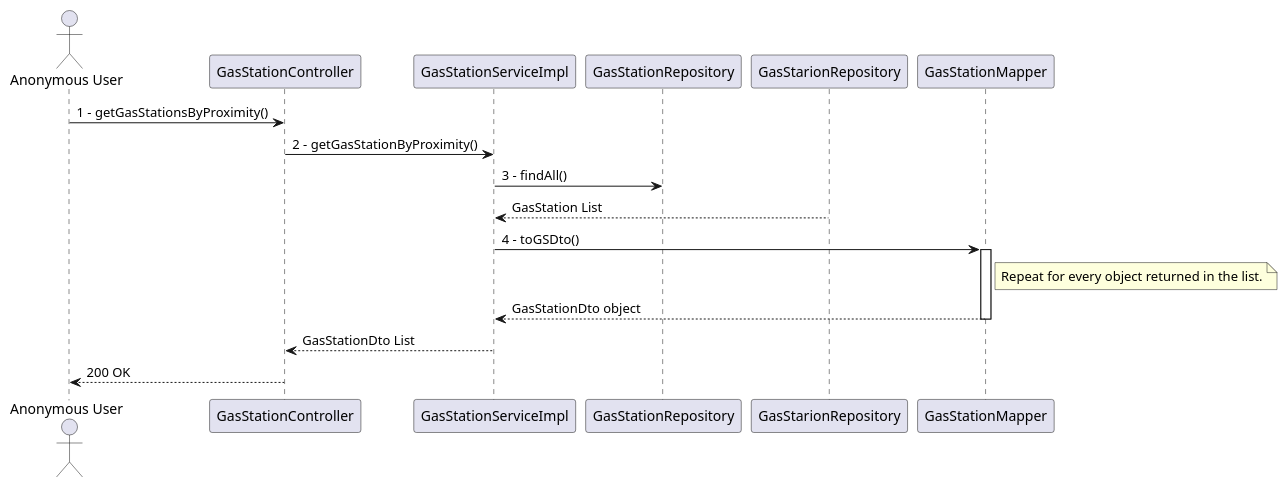
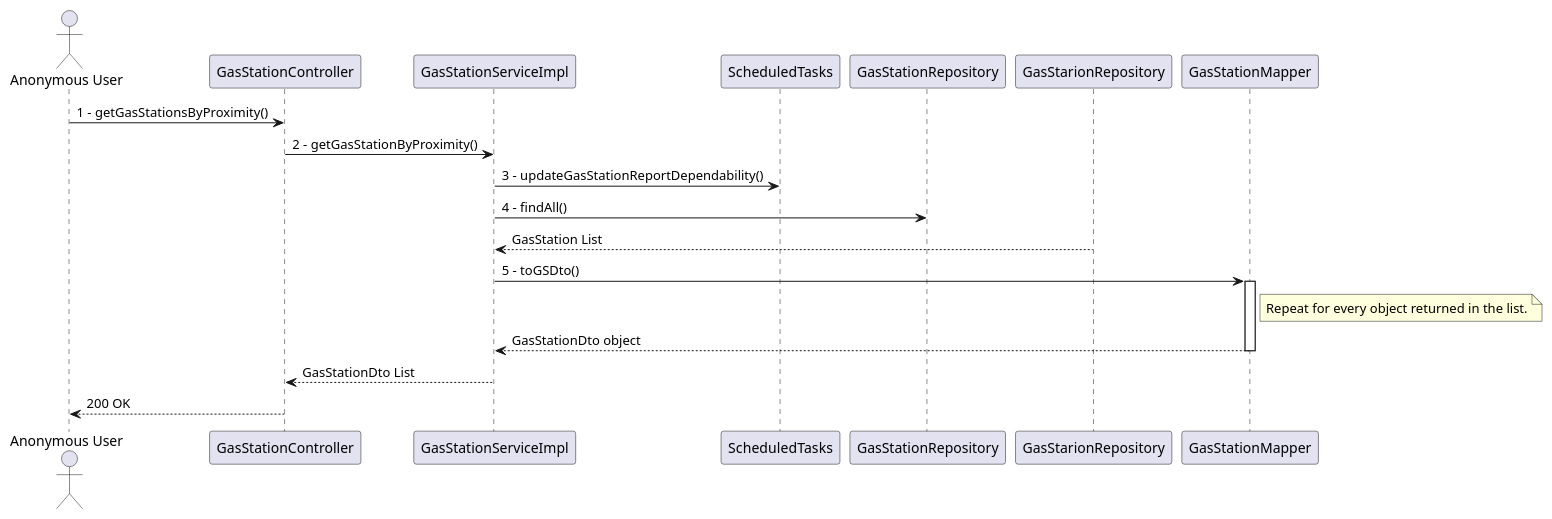
One commit to polito-se2-2020-team6/ezgas changed diagram 12 of 15 in docs/DesignDocument.md. Above: the diagram before and after it, drawn with PlantUML. The commit also changed other lines of this file and 2 other files, not shown here.

Commit message:
docs: update timesheet and fix design inconsistencies

````diff
--- a/docs/DesignDocument.md
+++ b/docs/DesignDocument.md
@@ -536,16 +537,17 @@
 ``` plantuml
 @startuml
 Actor "Anonymous User" as u
 u -> GasStationController :1 - getGasStationsByProximity()
 GasStationController -> GasStationServiceImpl :2 - getGasStationByProximity()
-GasStationServiceImpl -> GasStationRepository :3 - findAll()
+GasStationServiceImpl -> ScheduledTasks : 3 - updateGasStationReportDependability()
+GasStationServiceImpl -> GasStationRepository :4 - findAll()
 GasStarionRepository --> GasStationServiceImpl :GasStation List
-GasStationServiceImpl -> GasStationMapper :4 - toGSDto()
+GasStationServiceImpl -> GasStationMapper :5 - toGSDto()
 activate GasStationMapper
 note right of GasStationMapper: Repeat for every object returned in the list.
 GasStationMapper --> GasStationServiceImpl :GasStationDto object
 deactivate GasStationMapper
 GasStationServiceImpl --> GasStationController :GasStationDto List
 GasStationController --> u :200 OK
 @enduml
 ```
````
